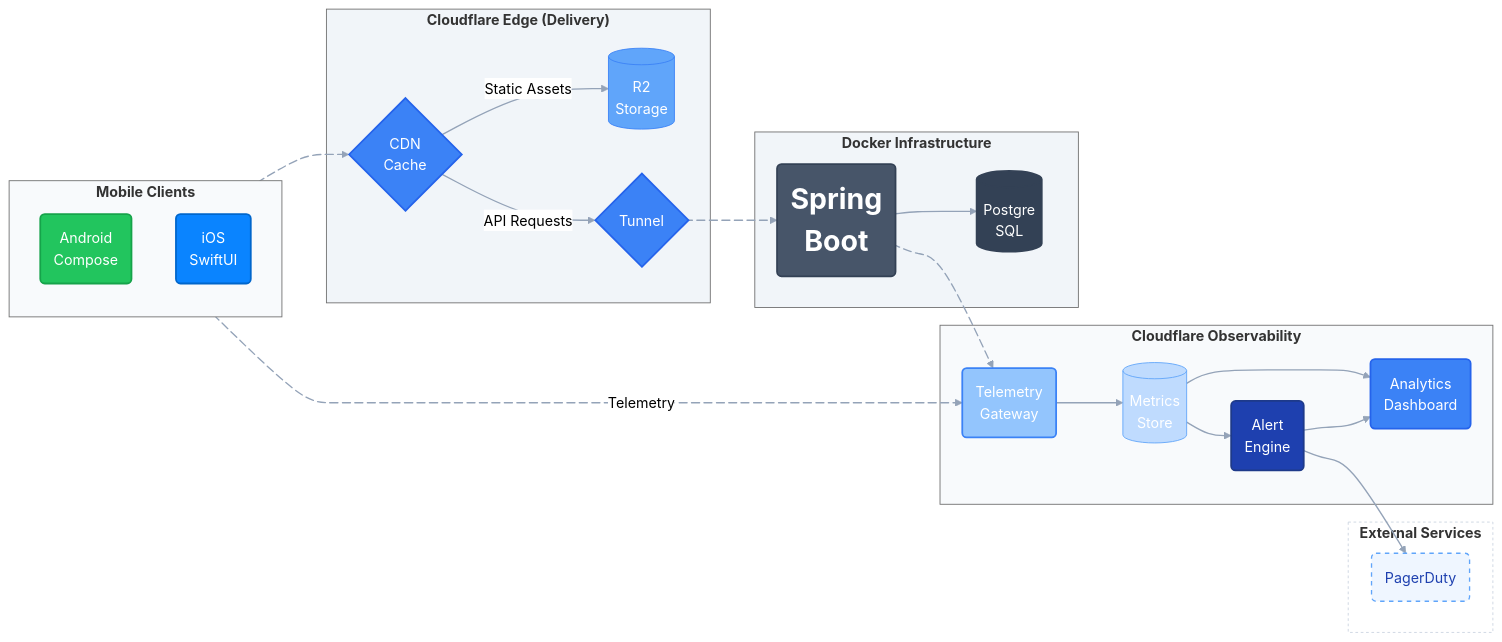
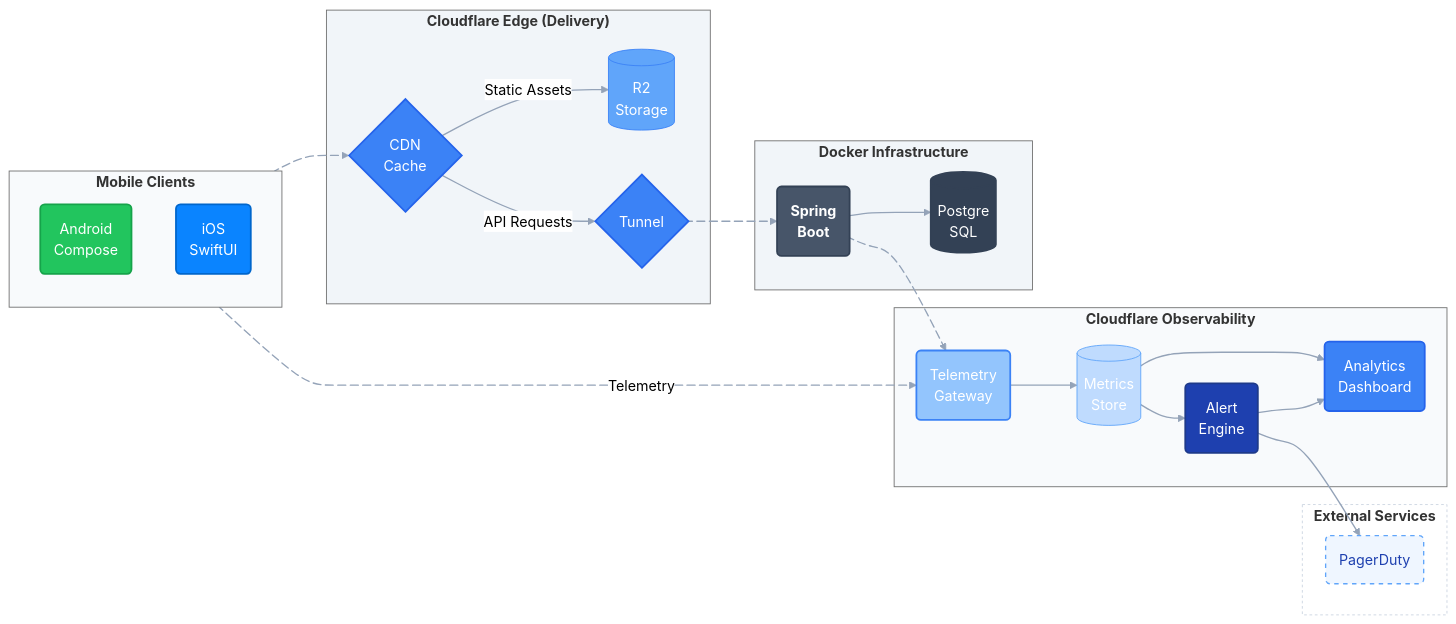
One commit to susui888/susui888 changed the diagram in README.md. Above: the diagram before and after it, drawn with Mermaid (neutral theme).

```diff
--- a/README.md
+++ b/README.md
@@ -31,7 +31,7 @@
                 end
 
                 subgraph Docker ["`**Docker Infrastructure**`"]
-                E("`**<span style='font-size:2em;color:white;'>Spring<br>Boot</span>**`")
+                E("`**Spring<br>Boot**`")
                 H[(Postgre\nSQL)]
                 end
 
```
